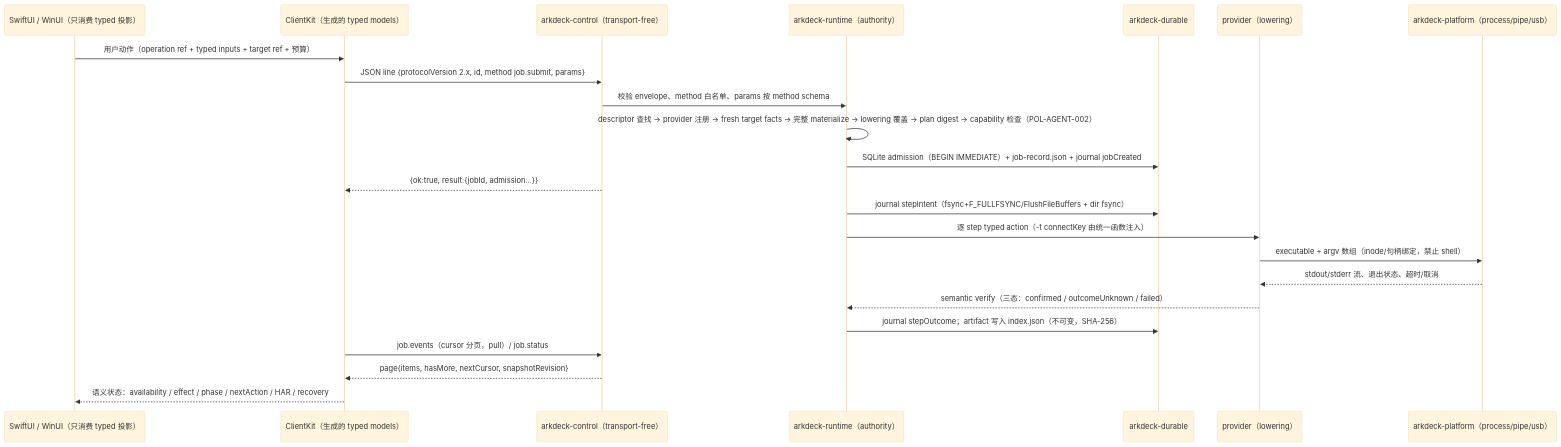
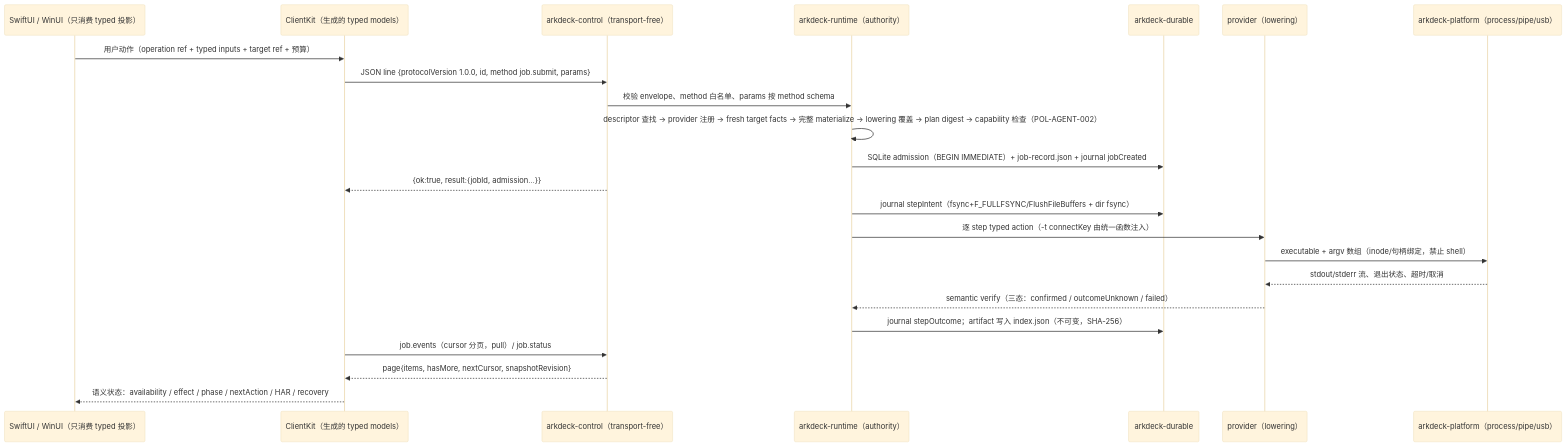
The third of 6 diagrams in docs/design/cross-platform/rust-core-cross-platform-architecture.md (ArkDeck/ArkDeck), drawn with Mermaid (base theme) before and after one commit. The commit also changed other lines of this file and 11 other files, not shown here.

````diff
--- a/docs/design/cross-platform/rust-core-cross-platform-architecture.md
+++ b/docs/design/cross-platform/rust-core-cross-platform-architecture.md
@@ -245,25 +247,25 @@
 ```mermaid
 sequenceDiagram
   participant UI as SwiftUI / WinUI（只消费 typed 投影）
   participant KIT as ClientKit（生成的 typed models）
   participant CP as arkdeck-control（transport-free）
   participant RT as arkdeck-runtime（authority）
   participant D as arkdeck-durable
   participant P as provider（lowering）
   participant OS as arkdeck-platform（process/pipe/usb）
   UI->>KIT: 用户动作（operation ref + typed inputs + target ref + 预算）
-  KIT->>CP: JSON line {protocolVersion 2.x, id, method job.submit, params}
+  KIT->>CP: JSON line {protocolVersion 1.0.0, id, method job.submit, params}
   CP->>RT: 校验 envelope、method 白名单、params 按 method schema
   RT->>RT: descriptor 查找 → provider 注册 → fresh target facts → 完整 materialize → lowering 覆盖 → plan digest → capability 检查（POL-AGENT-002）
   RT->>D: SQLite admission（BEGIN IMMEDIATE）+ job-record.json + journal jobCreated
   CP-->>KIT: {ok:true, result:{jobId, admission…}}
   RT->>D: journal stepIntent（fsync+F_FULLFSYNC/FlushFileBuffers + dir fsync）
   RT->>P: 逐 step typed action（-t connectKey 由统一函数注入）
   P->>OS: executable + argv 数组（inode/句柄绑定，禁止 shell）
   OS-->>P: stdout/stderr 流、退出状态、超时/取消
   P-->>RT: semantic verify（三态：confirmed / outcomeUnknown / failed）
   RT->>D: journal stepOutcome；artifact 写入 index.json（不可变，SHA-256）
   KIT->>CP: job.events（cursor 分页，pull）/ job.status
   CP-->>KIT: page{items, hasMore, nextCursor, snapshotRevision}
   KIT-->>UI: 语义状态：availability / effect / phase / nextAction / HAR / recovery
 ```
````
